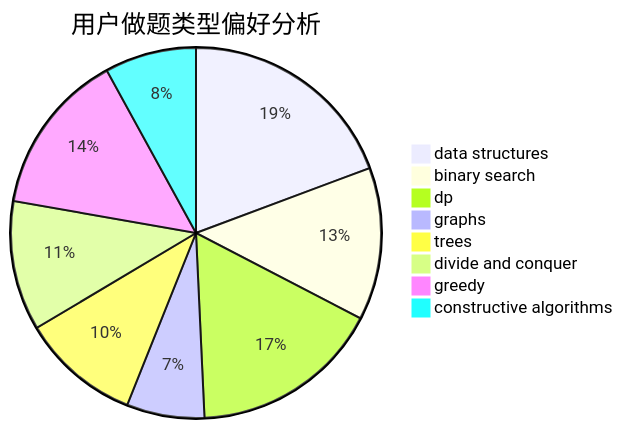
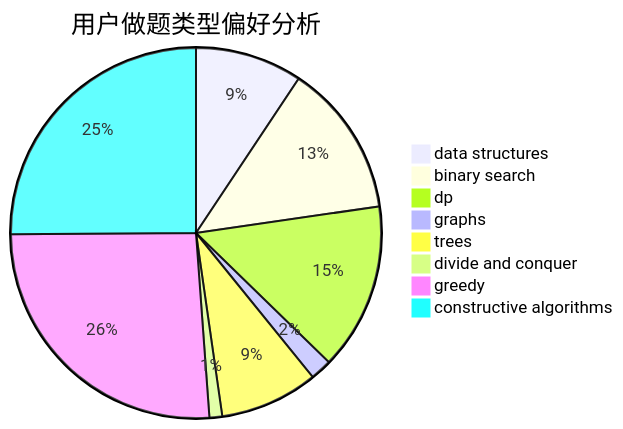
One commit to sherpahu/cfrs.github.io changed the second of 3 diagrams in docs/user/u139.md. Above: the diagram before and after it, drawn with Mermaid. The commit also changed other lines of this file and 2770 other files, not shown here.

````diff
--- a/docs/user/u139.md
+++ b/docs/user/u139.md
@@ -23,11 +23,11 @@
 ```mermaid
 pie title 用户做题类型偏好分析
-    "data structures" :  145
-    "binary search" :  100
-    "dp" :  125
-    "graphs" :  51
-    "trees" :  78
-    "divide and conquer" :  85
-    "greedy" :  107
-    "constructive algorithms" :  60
+    "data structures" :  109
+    "binary search" :  156
+    "dp" :  170
+    "graphs" :  22
+    "trees" :  100
+    "divide and conquer" :  13
+    "greedy" :  304
+    "constructive algorithms" :  293
 ```
````
